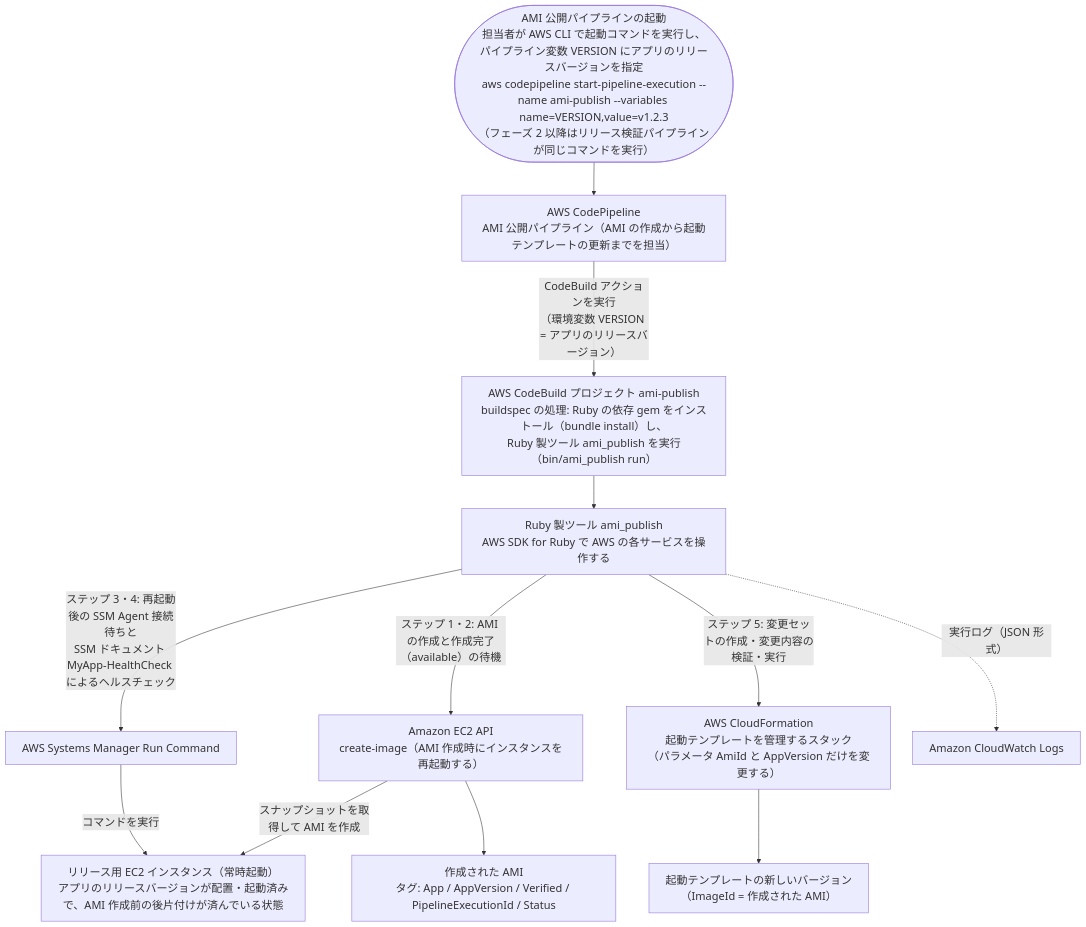
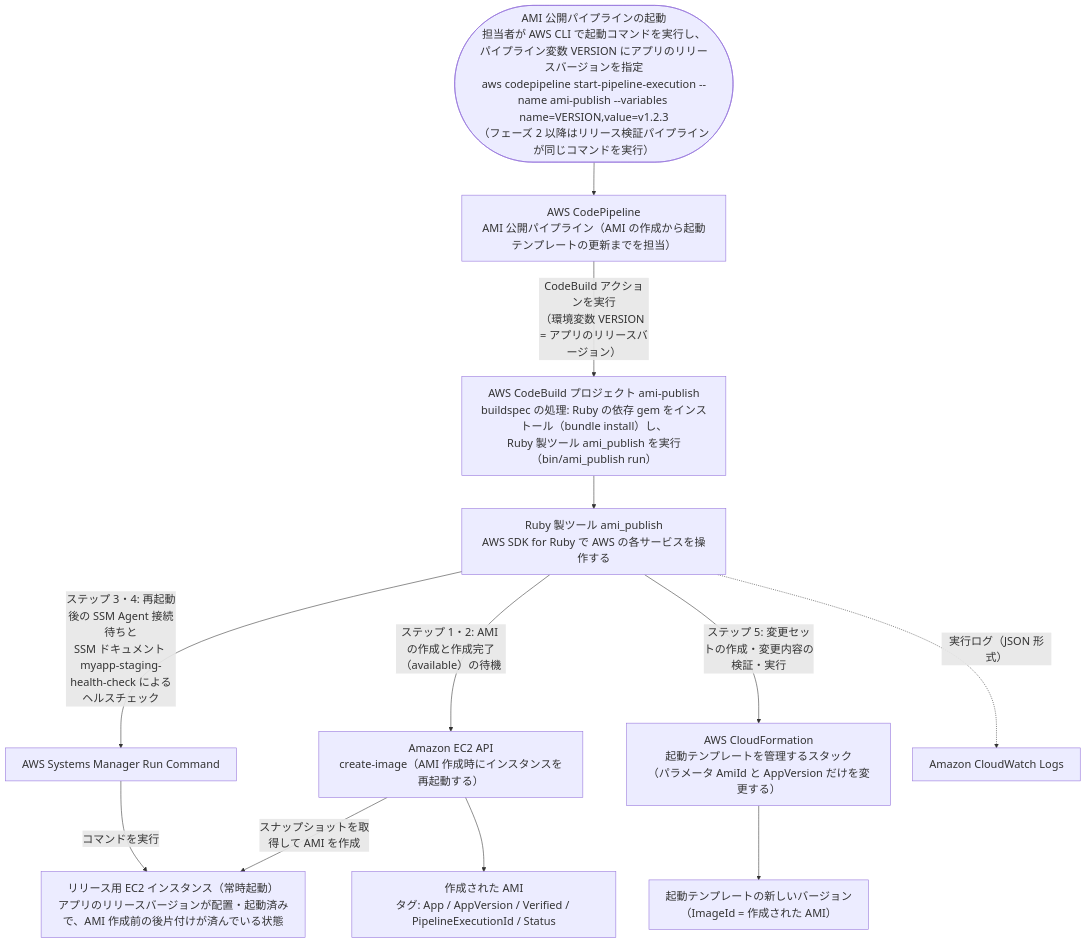
The fourth of 5 diagrams in docs/ec2/ami-publish-development-plan.md (rxsxkxd/pk), drawn with Mermaid before and after one commit. The commit also changed other lines of this file and 43 other files, not shown here.

````diff
--- a/docs/ec2/ami-publish-development-plan.md
+++ b/docs/ec2/ami-publish-development-plan.md
@@ -160,29 +162,29 @@
 ```mermaid
 %%{init: {"themeVariables": {"fontSize": "20px"}, "flowchart": {"nodeSpacing": 40, "rankSpacing": 60, "wrappingWidth": 420}}}%%
 flowchart TD
     Trigger(["AMI 公開パイプラインの起動<br>担当者が AWS CLI で起動コマンドを実行し、パイプライン変数 VERSION にアプリのリリースバージョンを指定<br>aws codepipeline start-pipeline-execution --name ami-publish --variables name=VERSION,value=v1.2.3<br>（フェーズ 2 以降はリリース検証パイプラインが同じコマンドを実行）"])
     Trigger --> Pipeline
 
     Pipeline["AWS CodePipeline<br>AMI 公開パイプライン（AMI の作成から起動テンプレートの更新までを担当）"]
     Pipeline -->|"CodeBuild アクションを実行<br>（環境変数 VERSION = アプリのリリースバージョン）"| Build
 
     Build["AWS CodeBuild プロジェクト ami-publish<br>buildspec の処理: Ruby の依存 gem をインストール（bundle install）し、<br>Ruby 製ツール ami_publish を実行（bin/ami_publish run）"]
     Build --> Tool
 
     Tool["Ruby 製ツール ami_publish<br>AWS SDK for Ruby で AWS の各サービスを操作する"]
     Tool -->|"ステップ 1・2: AMI の作成と作成完了（available）の待機"| EC2
-    Tool -->|"ステップ 3・4: 再起動後の SSM Agent 接続待ちと<br>SSM ドキュメント MyApp-HealthCheck によるヘルスチェック"| SSM
+    Tool -->|"ステップ 3・4: 再起動後の SSM Agent 接続待ちと<br>SSM ドキュメント myapp-staging-health-check によるヘルスチェック"| SSM
     Tool -->|"ステップ 5: 変更セットの作成・変更内容の検証・実行"| CloudFormation
 
     EC2["Amazon EC2 API<br>create-image（AMI 作成時にインスタンスを再起動する）"]
     SSM["AWS Systems Manager Run Command"]
     CloudFormation["AWS CloudFormation<br>起動テンプレートを管理するスタック<br>（パラメータ AmiId と AppVersion だけを変更する）"]
 
     EC2 -->|"スナップショットを取得して AMI を作成"| ReleaseInstance
     SSM -->|"コマンドを実行"| ReleaseInstance
     ReleaseInstance["リリース用 EC2 インスタンス（常時起動）<br>アプリのリリースバージョンが配置・起動済みで、AMI 作成前の後片付けが済んでいる状態"]
 
     EC2 --> AMI["作成された AMI<br>タグ: App / AppVersion / Verified / PipelineExecutionId / Status"]
     CloudFormation --> LaunchTemplate["起動テンプレートの新しいバージョン<br>（ImageId = 作成された AMI）"]
     Tool -.->|"実行ログ（JSON 形式）"| Logs["Amazon CloudWatch Logs"]
 ```
````
